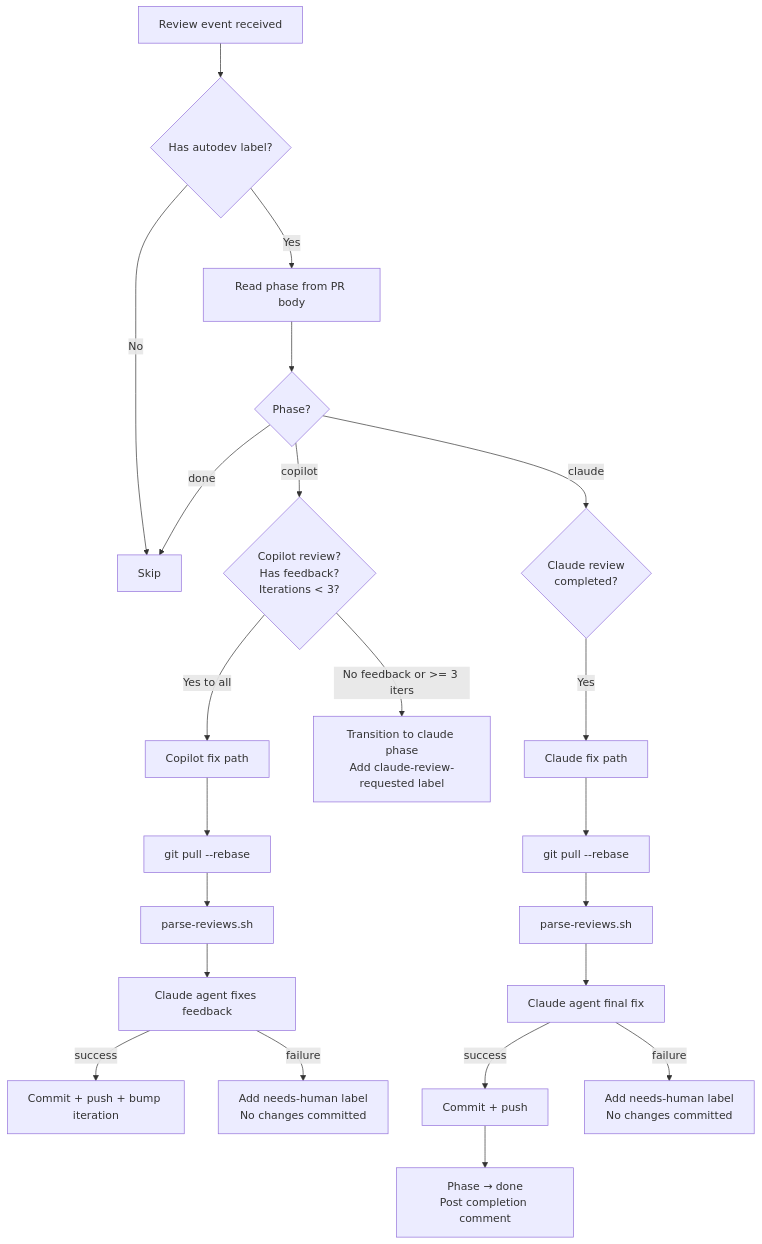
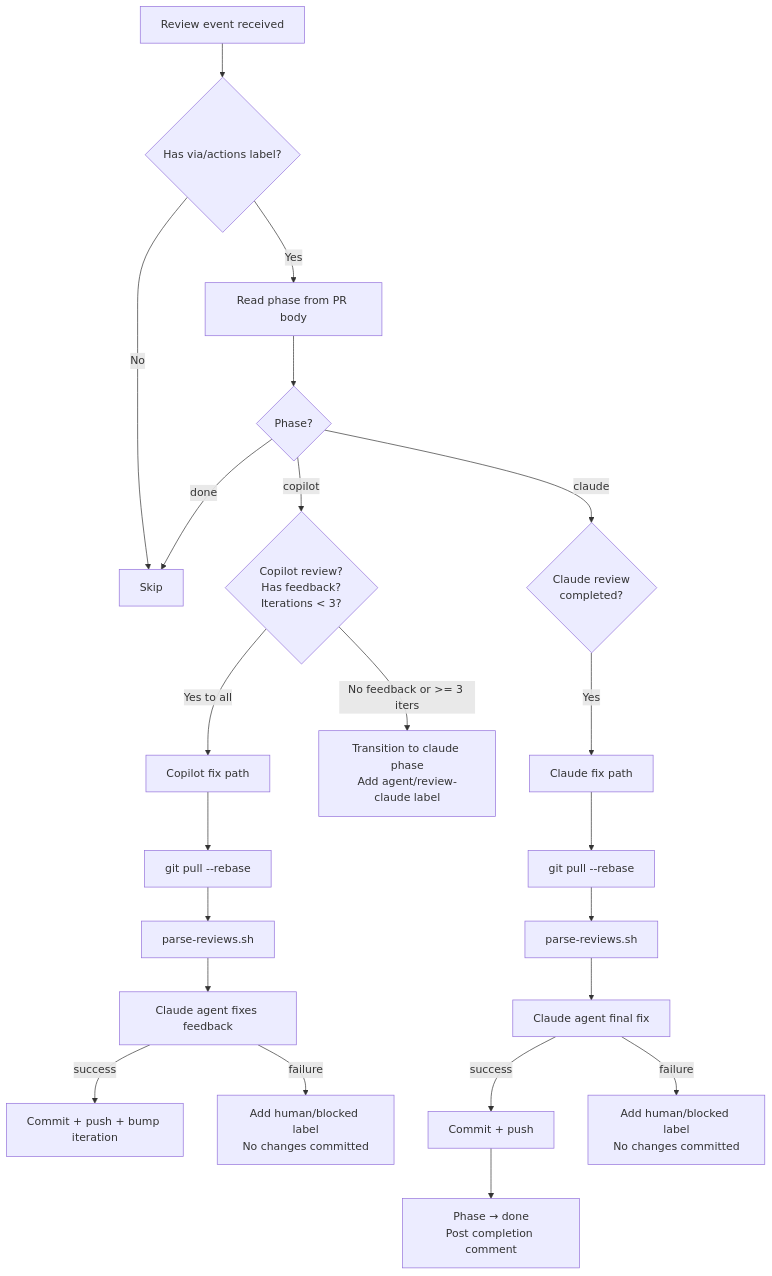
One commit to rnwolfe/mine changed the third of 4 diagrams in docs/internal/autodev-pipeline.md. Above: the diagram before and after it, drawn with Mermaid. The commit also changed other lines of this file and 23 other files, not shown here.

````diff
--- a/docs/internal/autodev-pipeline.md
+++ b/docs/internal/autodev-pipeline.md
@@ -169,29 +169,29 @@
 ```mermaid
 flowchart TB
     start["Review event received"]
-    start --> isAutodev{"Has autodev label?"}
+    start --> isAutodev{"Has via/actions label?"}
     isAutodev -->|No| skip["Skip"]
     isAutodev -->|Yes| readPhase["Read phase from PR body"]
 
     readPhase --> phase{"Phase?"}
     phase -->|done| skip
     phase -->|copilot| copilotCheck{"Copilot review?<br/>Has feedback?<br/>Iterations < 3?"}
     copilotCheck -->|"Yes to all"| copilotFix["Copilot fix path"]
-    copilotCheck -->|"No feedback or >= 3 iters"| triggerClaude["Transition to claude phase<br/>Add claude-review-requested label"]
+    copilotCheck -->|"No feedback or >= 3 iters"| triggerClaude["Transition to claude phase<br/>Add agent/review-claude label"]
 
     phase -->|claude| claudeCheck{"Claude review<br/>completed?"}
     claudeCheck -->|Yes| claudeFix["Claude fix path"]
 
     copilotFix --> reconcile1["git pull --rebase"]
     reconcile1 --> parse1["parse-reviews.sh"]
     parse1 --> agent1["Claude agent fixes feedback"]
     agent1 -->|success| commit1["Commit + push + bump iteration"]
-    agent1 -->|failure| error1["Add needs-human label<br/>No changes committed"]
+    agent1 -->|failure| error1["Add human/blocked label<br/>No changes committed"]
 
     claudeFix --> reconcile2["git pull --rebase"]
     reconcile2 --> parse2["parse-reviews.sh"]
     parse2 --> agent2["Claude agent final fix"]
     agent2 -->|success| commit2["Commit + push"]
-    agent2 -->|failure| error2["Add needs-human label<br/>No changes committed"]
+    agent2 -->|failure| error2["Add human/blocked label<br/>No changes committed"]
     commit2 --> markDone["Phase → done<br/>Post completion comment"]
 ```
````
